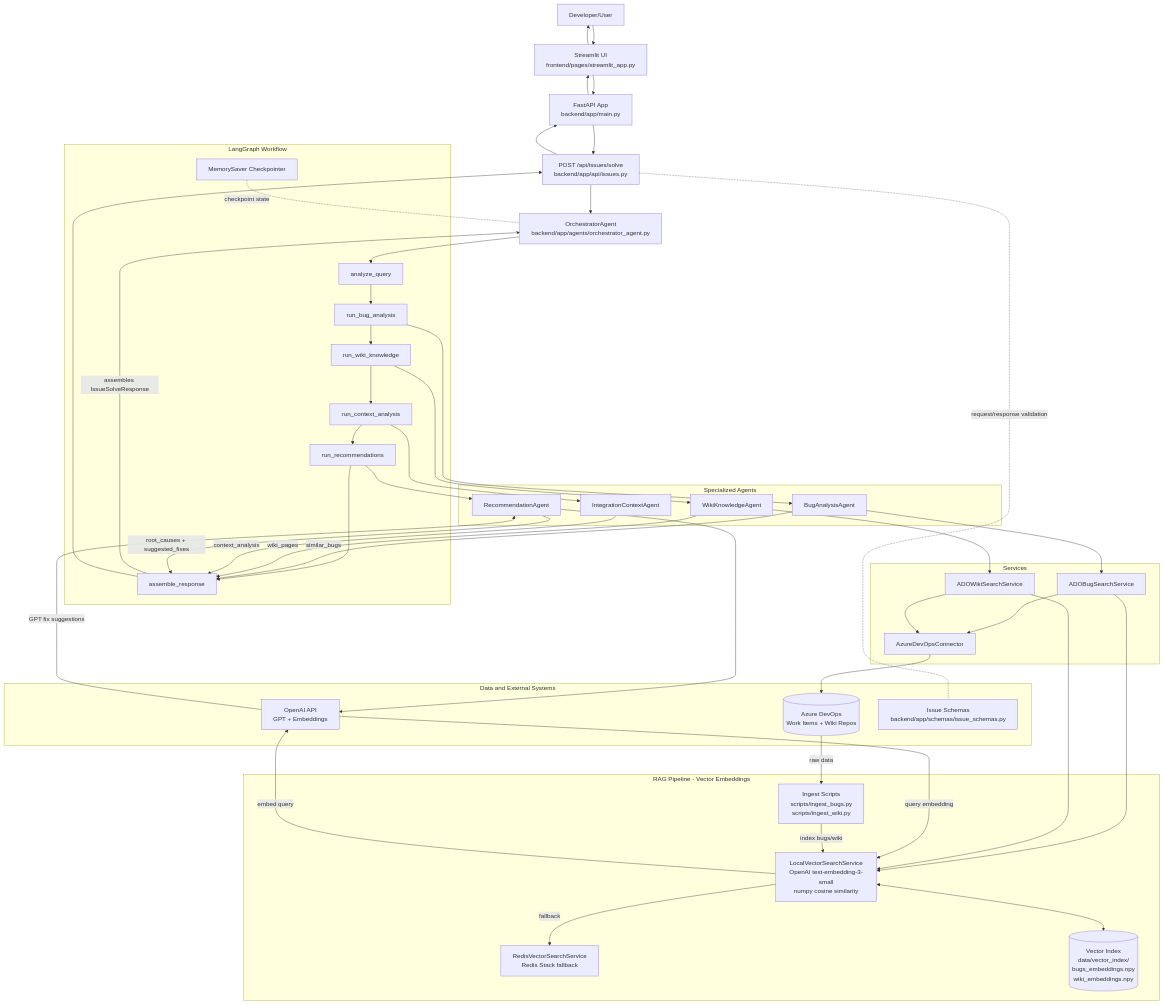
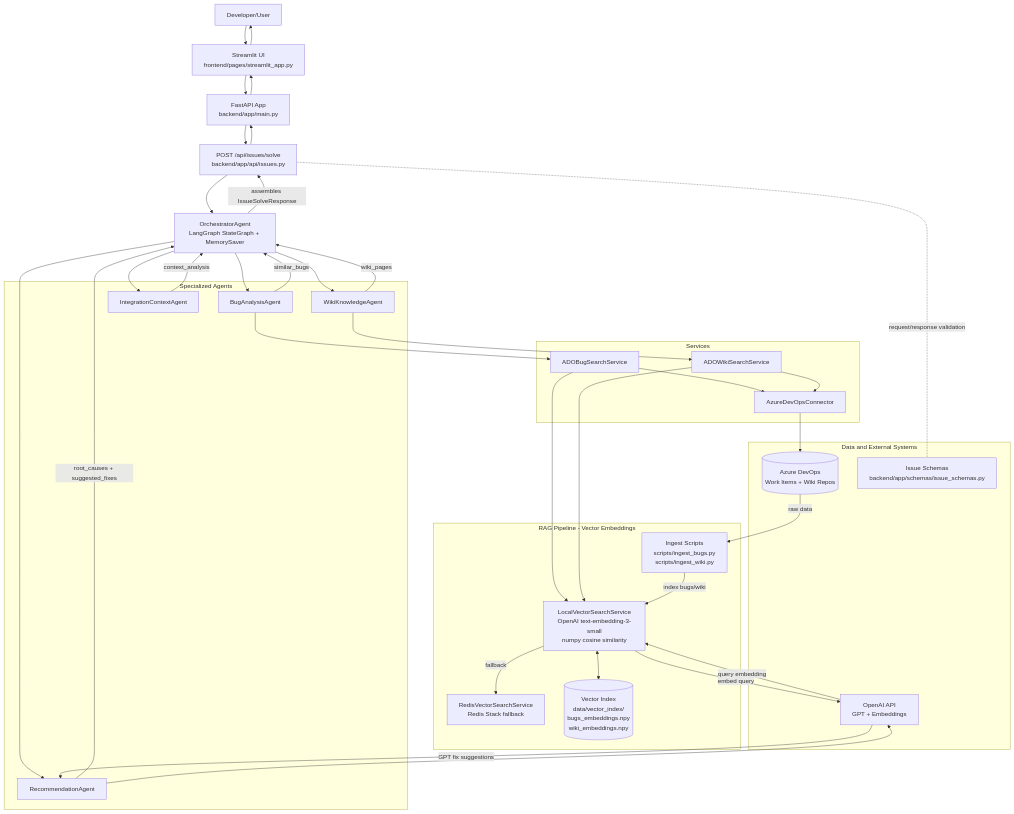
Before and after one commit to mbighane/ErrorLens--AI-Powered-Issue-Advisor: the diagram in docs/architecture.mmd, drawn with Mermaid.

Commit message:
Remove LangGraph internal nodes from architecture diagram; use direct ORCH-to-agents flow

```diff
--- a/docs/architecture.mmd
+++ b/docs/architecture.mmd
@@ -1,74 +1,64 @@
 graph TB
     U[Developer/User]
     ST[Streamlit UI<br/>frontend/pages/streamlit_app.py]
     API[FastAPI App<br/>backend/app/main.py]
     EP[POST /api/issues/solve<br/>backend/app/api/issues.py]
-    ORCH[OrchestratorAgent<br/>backend/app/agents/orchestrator_agent.py]
-
-    subgraph LG[LangGraph Workflow]
-        N1[analyze_query]
-        N2[run_bug_analysis]
-        N3[run_wiki_knowledge]
-        N4[run_context_analysis]
-        N5[run_recommendations]
-        N6[assemble_response]
-        CP[MemorySaver Checkpointer]
-    end
+    ORCH[OrchestratorAgent<br/>LangGraph StateGraph + MemorySaver]
 
     subgraph AG[Specialized Agents]
         BA[BugAnalysisAgent]
         WA[WikiKnowledgeAgent]
         CA[IntegrationContextAgent]
         RA[RecommendationAgent]
     end
 
     subgraph SV[Services]
         BS[ADOBugSearchService]
         WS[ADOWikiSearchService]
         ADOC[AzureDevOpsConnector]
     end
 
     subgraph RAG[RAG Pipeline - Vector Embeddings]
         LV[LocalVectorSearchService<br/>OpenAI text-embedding-3-small<br/>numpy cosine similarity]
         RV[RedisVectorSearchService<br/>Redis Stack fallback]
         VI[(Vector Index<br/>data/vector_index/<br/>bugs_embeddings.npy<br/>wiki_embeddings.npy)]
         ING[Ingest Scripts<br/>scripts/ingest_bugs.py<br/>scripts/ingest_wiki.py]
     end
 
     subgraph DM[Data and External Systems]
         ADO[(Azure DevOps<br/>Work Items + Wiki Repos)]
         OPENAI[OpenAI API<br/>GPT + Embeddings]
         SC[Issue Schemas<br/>backend/app/schemas/issue_schemas.py]
     end
 
     U --> ST --> API --> EP --> ORCH
     EP -. request/response validation .- SC
 
-    ORCH --> N1 --> N2 --> N3 --> N4 --> N5 --> N6
-    CP -. checkpoint state .- ORCH
+    ORCH --> BA
+    ORCH --> WA
+    ORCH --> CA
+    ORCH --> RA
 
-    N2 --> BA --> BS
-    N3 --> WA --> WS
-    N4 --> CA
-    N5 --> RA
+    BA --> BS
+    WA --> WS
 
-    BA -- similar_bugs --> N6
-    WA -- wiki_pages --> N6
-    CA -- context_analysis --> N6
-    RA -- root_causes + suggested_fixes --> N6
-    N6 -- assembles IssueSolveResponse --> ORCH
+    BA -- similar_bugs --> ORCH
+    WA -- wiki_pages --> ORCH
+    CA -- context_analysis --> ORCH
+    RA -- root_causes + suggested_fixes --> ORCH
+    ORCH -- assembles IssueSolveResponse --> EP
 
     BS --> LV
     WS --> LV
     LV -- embed query --> OPENAI
     OPENAI -- query embedding --> LV
     LV <--> VI
     LV -- fallback --> RV
     BS --> ADOC --> ADO
     WS --> ADOC
     ING -- index bugs/wiki --> LV
     ADO -- raw data --> ING
 
     RA --> OPENAI
     OPENAI -- GPT fix suggestions --> RA
-    N6 --> EP --> API --> ST --> U
+    EP --> API --> ST --> U
```
